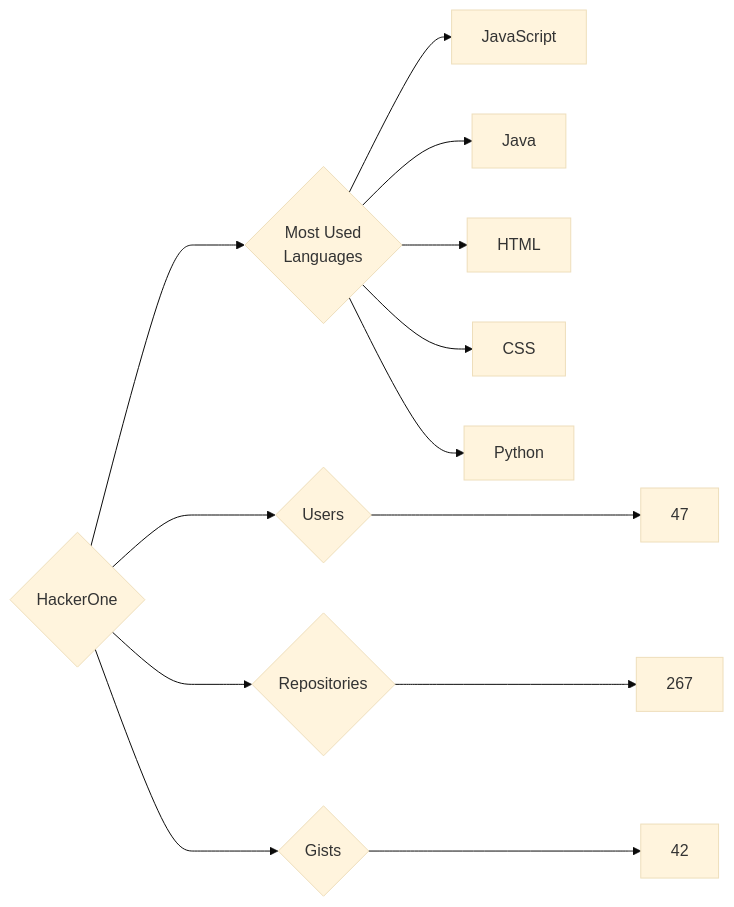
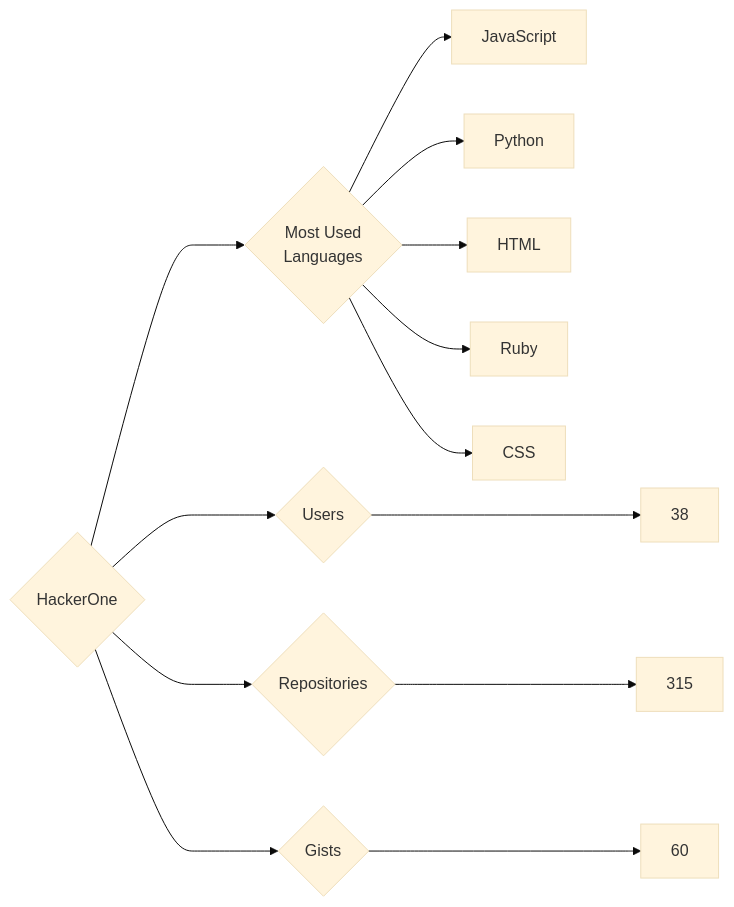
The diagram in targets/HackerOne/README.md (trickest/insiders), drawn with Mermaid (base theme) before and after one commit. The commit also changed 984 other files, not shown here.

````diff
--- a/targets/HackerOne/README.md
+++ b/targets/HackerOne/README.md
@@ -3,13 +3,13 @@
 ```mermaid
 graph LR
 COMPANY_NAME{HackerOne}
-COMPANY_NAME ---> U{Users} ---> UN[47]
-COMPANY_NAME ---> R{Repositories} ---> RN[267]
-COMPANY_NAME ---> G{Gists} ---> GN[42]
+COMPANY_NAME ---> U{Users} ---> UN[38]
+COMPANY_NAME ---> R{Repositories} ---> RN[315]
+COMPANY_NAME ---> G{Gists} ---> GN[60]
 COMPANY_NAME ---> ML{Most Used<br>Languages}
 ML --> JavaScript[JavaScript]
-ML --> Java[Java]
+ML --> Python[Python]
 ML --> HTML[HTML]
+ML --> Ruby[Ruby]
 ML --> CSS[CSS]
-ML --> Python[Python]
 ```
````
